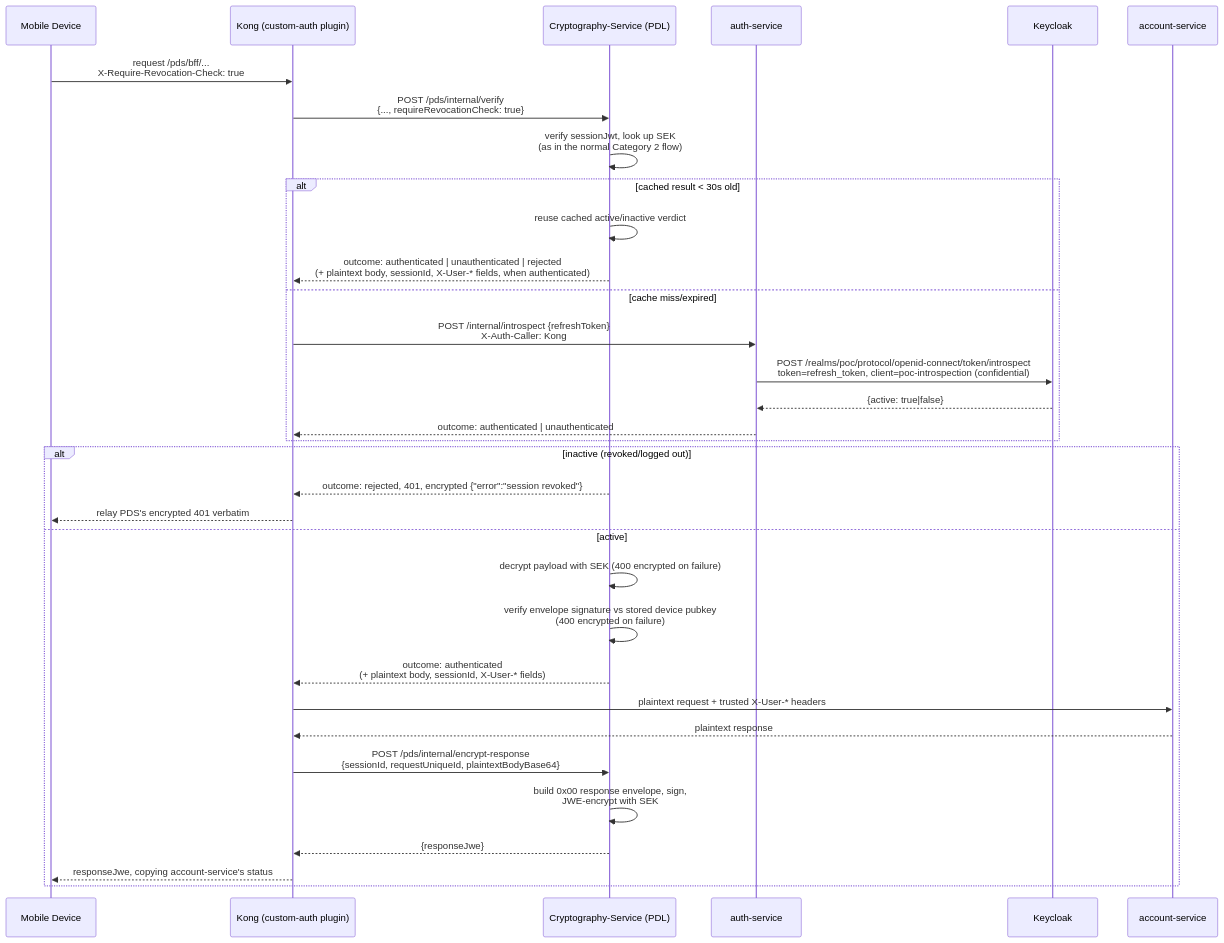
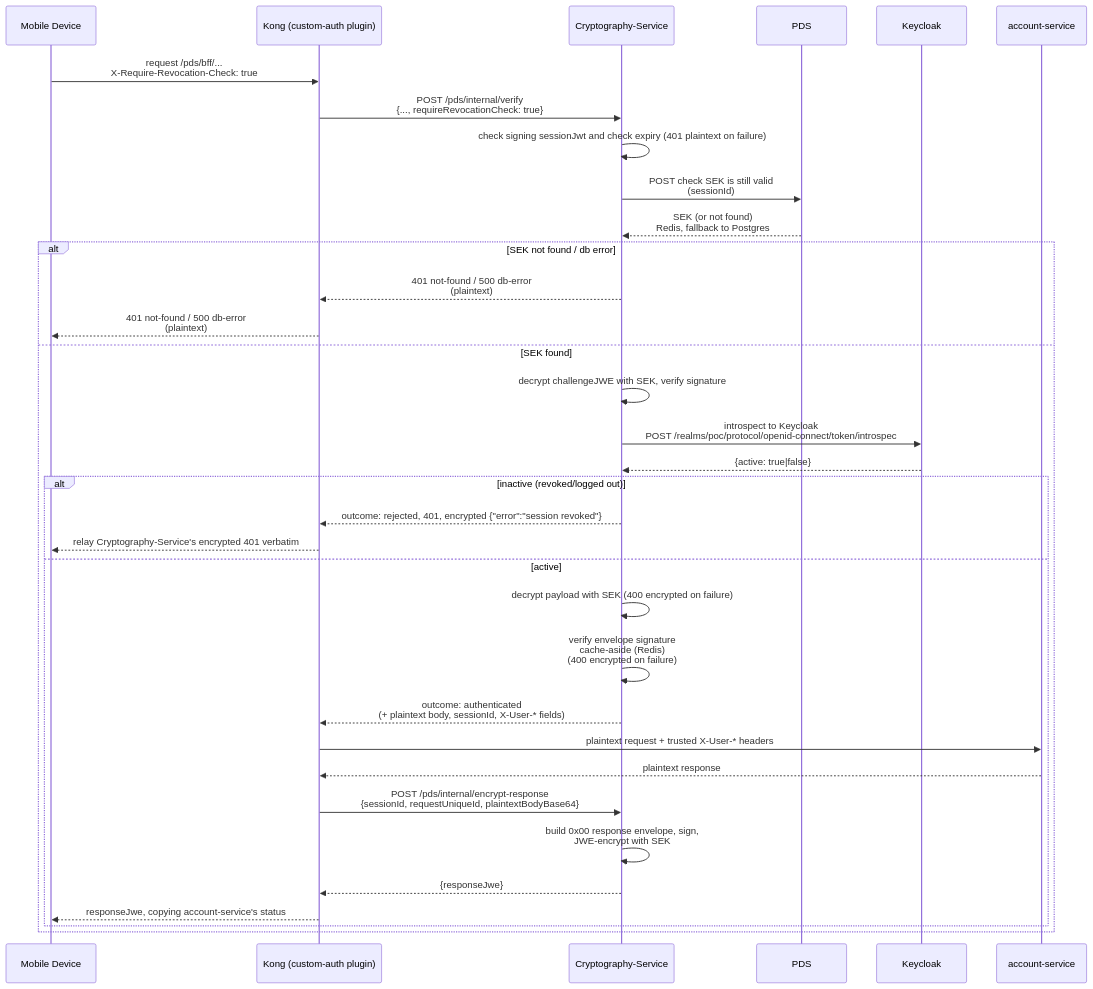
Before and after one commit to PinThapanawat/kong-custom-auth-poc: the third of 3 diagrams in docs/encryption-workflow.md, drawn with Mermaid. The commit also changed other lines of this file and 2 other files, not shown here.

Commit message:
refactor: increase introspection TTL to one hour and update documentation to reflect Cryptography-Service responsibilities.

````diff
--- a/docs/encryption-workflow.md
+++ b/docs/encryption-workflow.md
@@ -134,36 +145,38 @@
 ```mermaid
 sequenceDiagram
     participant Device as Mobile Device
     participant Kong as Kong (custom-auth plugin)
-    participant PDS as Cryptography-Service (PDL)
-    participant Auth as auth-service
+    participant Crypto as Cryptography-Service
+    participant PDS as PDS
     participant Keycloak
     participant Account as account-service
 
     Device->>Kong: request /pds/bff/...<br/>X-Require-Revocation-Check: true
-    Kong->>PDS: POST /pds/internal/verify<br/>{..., requireRevocationCheck: true}
-    PDS->>PDS: verify sessionJwt, look up SEK<br/>(as in the normal Category 2 flow)
-    alt cached result < 30s old
-        PDS->>PDS: reuse cached active/inactive verdict
-        PDS-->>Kong: outcome: authenticated | unauthenticated | rejected<br/>(+ plaintext body, sessionId, X-User-* fields, when authenticated)
-    else cache miss/expired
-        Kong->>Auth: POST /internal/introspect {refreshToken}<br/>X-Auth-Caller: Kong
-        Auth->>Keycloak: POST /realms/poc/protocol/openid-connect/token/introspect<br/>token=refresh_token, client=poc-introspection (confidential)
-        Keycloak-->>Auth: {active: true|false}
-        Auth-->>Kong: outcome: authenticated | unauthenticated 
-    end
-    alt inactive (revoked/logged out)
-        PDS-->>Kong: outcome: rejected, 401, encrypted {"error":"session revoked"}
-        Kong-->>Device: relay PDS's encrypted 401 verbatim
-    else active
-        PDS->>PDS: decrypt payload with SEK (400 encrypted on failure)
-        PDS->>PDS: verify envelope signature vs stored device pubkey<br/>(400 encrypted on failure)
-        PDS-->>Kong: outcome: authenticated<br/>(+ plaintext body, sessionId, X-User-* fields)
-        Kong->>Account: plaintext request + trusted X-User-* headers
-        Account-->>Kong: plaintext response
-        Kong->>PDS: POST /pds/internal/encrypt-response<br/>{sessionId, requestUniqueId, plaintextBodyBase64}
-        PDS->>PDS: build 0x00 response envelope, sign,<br/>JWE-encrypt with SEK
-        PDS-->>Kong: {responseJwe}
-        Kong-->>Device: responseJwe, copying account-service's status
+    Kong->>Crypto: POST /pds/internal/verify<br/>{..., requireRevocationCheck: true}
+    Crypto->>Crypto: check signing sessionJwt and check expiry  (401 plaintext on failure)
+    Crypto->>PDS: POST check SEK is still valid<br/>(sessionId)
+    PDS-->>Crypto: SEK (or not found)<br/>Redis, fallback to Postgres
+
+    alt SEK not found / db error
+        Crypto-->>Kong: 401 not-found / 500 db-error<br/>(plaintext)
+        Kong-->>Device: 401 not-found / 500 db-error<br/>(plaintext)
+    else SEK found
+        Crypto->>Crypto: decrypt challengeJWE with SEK, verify signature
+        Crypto->>Keycloak: introspect to Keycloak<br/>POST /realms/poc/protocol/openid-connect/token/introspec
+        Keycloak-->>Crypto: {active: true|false}
+        alt inactive (revoked/logged out)
+            Crypto-->>Kong: outcome: rejected, 401, encrypted {"error":"session revoked"}
+            Kong-->>Device: relay Cryptography-Service's encrypted 401 verbatim
+        else active
+            Crypto->>Crypto: decrypt payload with SEK (400 encrypted on failure)
+            Crypto->>Crypto: verify envelope signature<br/>cache-aside (Redis)<br/>(400 encrypted on failure)
+            Crypto-->>Kong: outcome: authenticated<br/>(+ plaintext body, sessionId, X-User-* fields)
+            Kong->>Account: plaintext request + trusted X-User-* headers
+            Account-->>Kong: plaintext response
+            Kong->>Crypto: POST /pds/internal/encrypt-response<br/>{sessionId, requestUniqueId, plaintextBodyBase64}
+            Crypto->>Crypto: build 0x00 response envelope, sign,<br/>JWE-encrypt with SEK
+            Crypto-->>Kong: {responseJwe}
+            Kong-->>Device: responseJwe, copying account-service's status
+        end
     end
 ```
````
